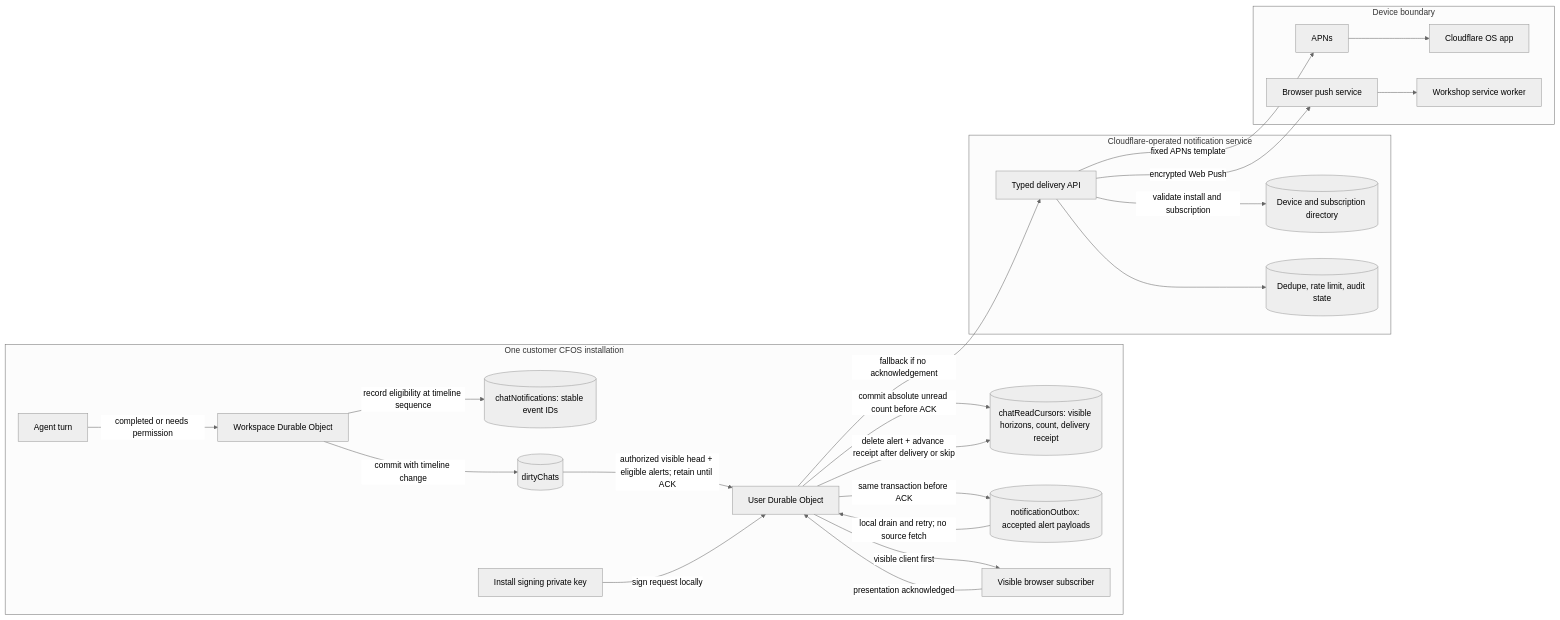
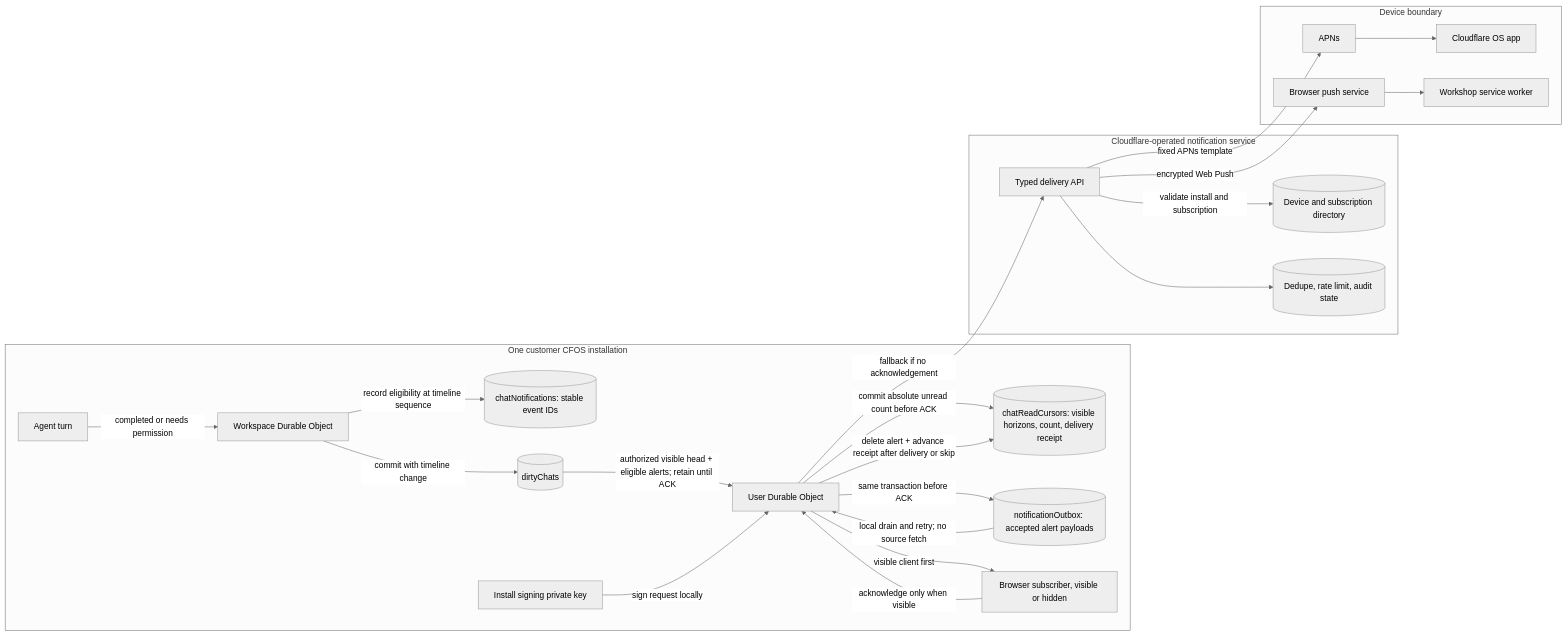
One commit to cloudflare/cloudflare-os changed the second of 2 diagrams in docs/notifications.md. Above: the diagram before and after it, drawn with Mermaid (neutral theme). The commit also changed other lines of this file and 34 other files, not shown here.

````diff
--- a/docs/notifications.md
+++ b/docs/notifications.md
@@ -145,46 +145,46 @@
 ```mermaid
 flowchart LR
   subgraph Install[One customer CFOS installation]
     Agent[Agent turn]
     Workspace[Workspace Durable Object]
     Candidates[(chatNotifications: stable event IDs)]
     SourceDirty[(dirtyChats)]
     User[User Durable Object]
     Cursor[(chatReadCursors: visible horizons, count, delivery receipt)]
     Outbox[(notificationOutbox: accepted alert payloads)]
-    Browser[Visible browser subscriber]
+    Browser[Browser subscriber, visible or hidden]
     Key[Install signing private key]
   end
 
   subgraph Central[Cloudflare-operated notification service]
     Delivery[Typed delivery API]
     Registry[(Device and subscription directory)]
     Audit[(Dedupe, rate limit, audit state)]
   end
 
   subgraph Devices[Device boundary]
     APNS[APNs]
     App[Cloudflare OS app]
     WebPush[Browser push service]
     Worker[Workshop service worker]
   end
 
   Agent -->|completed or needs permission| Workspace
   Workspace -->|record eligibility at timeline sequence| Candidates
   Workspace -->|commit with timeline change| SourceDirty
   SourceDirty -->|authorized visible head + eligible alerts; retain until ACK| User
   User -->|commit absolute unread count before ACK| Cursor
   User -->|same transaction before ACK| Outbox
   Outbox -->|local drain and retry; no source fetch| User
   User -->|visible client first| Browser
-  Browser -->|presentation acknowledged| User
+  Browser -->|acknowledge only when visible| User
   User -->|delete alert + advance receipt after delivery or skip| Cursor
   User -->|fallback if no acknowledgement| Delivery
   Key -->|sign request locally| User
   Delivery -->|validate install and subscription| Registry
   Delivery --> Audit
   Delivery -->|fixed APNs template| APNS
   APNS --> App
   Delivery -->|encrypted Web Push| WebPush
   WebPush --> Worker
 ```
````
